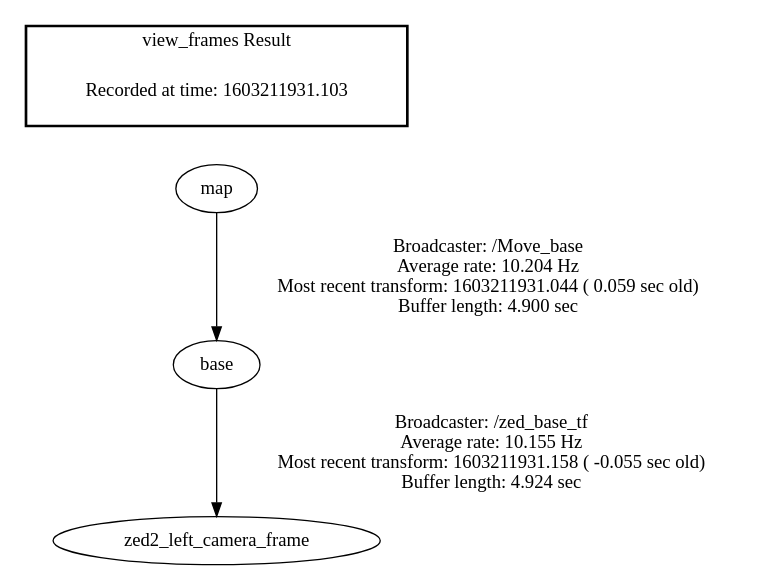
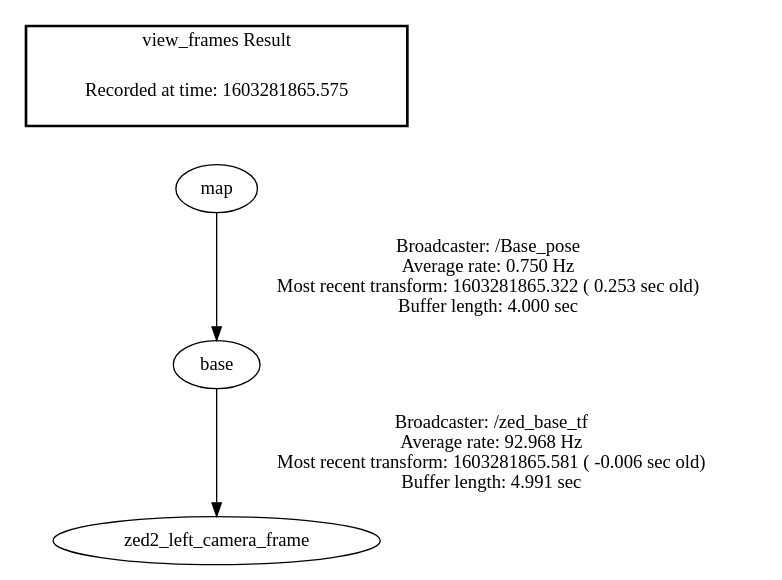
The diagram in frames.gv (Thomasklein-git/Yolo), drawn with Graphviz before and after one commit. The commit also changed 6 other files, not shown here.

```diff
--- a/frames.gv
+++ b/frames.gv
@@ -1,8 +1,8 @@
 digraph G {
-"base" -> "zed2_left_camera_frame"[label="Broadcaster: /zed_base_tf\nAverage rate: 10.155 Hz\nMost recent transform: 1603211931.158 ( -0.055 sec old)\nBuffer length: 4.924 sec\n"];
-"map" -> "base"[label="Broadcaster: /Move_base\nAverage rate: 10.204 Hz\nMost recent transform: 1603211931.044 ( 0.059 sec old)\nBuffer length: 4.900 sec\n"];
+"base" -> "zed2_left_camera_frame"[label="Broadcaster: /zed_base_tf\nAverage rate: 92.968 Hz\nMost recent transform: 1603281865.581 ( -0.006 sec old)\nBuffer length: 4.991 sec\n"];
+"map" -> "base"[label="Broadcaster: /Base_pose\nAverage rate: 0.750 Hz\nMost recent transform: 1603281865.322 ( 0.253 sec old)\nBuffer length: 4.000 sec\n"];
 edge [style=invis];
  subgraph cluster_legend { style=bold; color=black; label ="view_frames Result";
-"Recorded at time: 1603211931.103"[ shape=plaintext ] ;
+"Recorded at time: 1603281865.575"[ shape=plaintext ] ;
  }->"map";
 }
```
